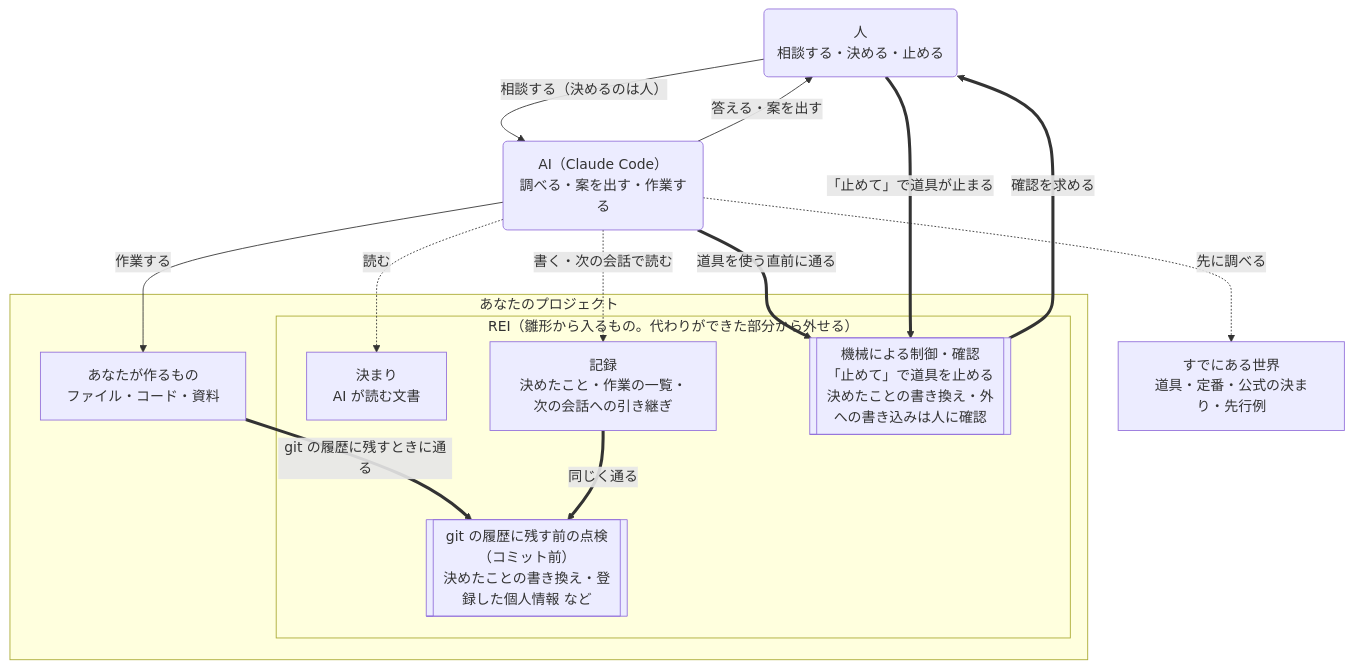
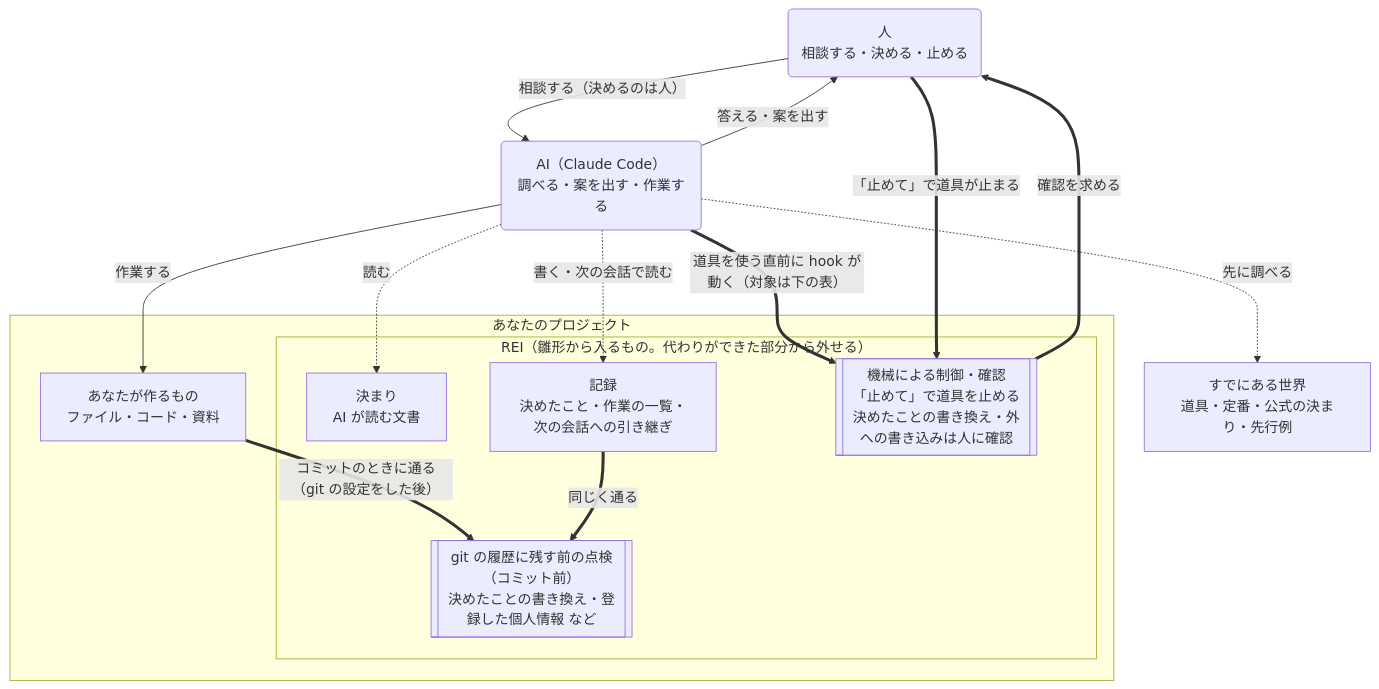
One commit to chatorahack/chatorahack-rei changed the first of 2 diagrams in README.md. Above: the diagram before and after it, drawn with Mermaid. The commit also changed other lines of this file and 7 other files, not shown here.

````diff
--- a/README.md
+++ b/README.md
@@ -23,29 +23,29 @@
 ```mermaid
 flowchart TB
     H("人<br/>相談する・決める・止める")
     AI("AI（Claude Code）<br/>調べる・案を出す・作業する")
     H -->|"相談する（決めるのは人）"| AI
     AI -->|"答える・案を出す"| H
 
     subgraph PJ["あなたのプロジェクト"]
         subgraph REI["REI（雛形から入るもの。代わりができた部分から外せる）"]
             RULE["決まり<br/>AI が読む文書"]
             REC["記録<br/>決めたこと・作業の一覧・次の会話への引き継ぎ"]
             GUARD[["機械による制御・確認<br/>「止めて」で道具を止める<br/>決めたことの書き換え・外への書き込みは人に確認"]]
             CHECK[["git の履歴に残す前の点検（コミット前）<br/>決めたことの書き換え・登録した個人情報 など"]]
         end
         WORK["あなたが作るもの<br/>ファイル・コード・資料"]
     end
 
     KNOW["すでにある世界<br/>道具・定番・公式の決まり・先行例"]
 
     AI -.->|"読む"| RULE
     AI -.->|"書く・次の会話で読む"| REC
     AI -.->|"先に調べる"| KNOW
     AI -->|"作業する"| WORK
-    AI ==>|"道具を使う直前に通る"| GUARD
+    AI ==>|"道具を使う直前に hook が動く（対象は下の表）"| GUARD
     H ==>|"「止めて」で道具が止まる"| GUARD
     GUARD ==>|"確認を求める"| H
-    WORK ==>|"git の履歴に残すときに通る"| CHECK
+    WORK ==>|"コミットのときに通る（git の設定をした後）"| CHECK
     REC ==>|"同じく通る"| CHECK
 ```
````
